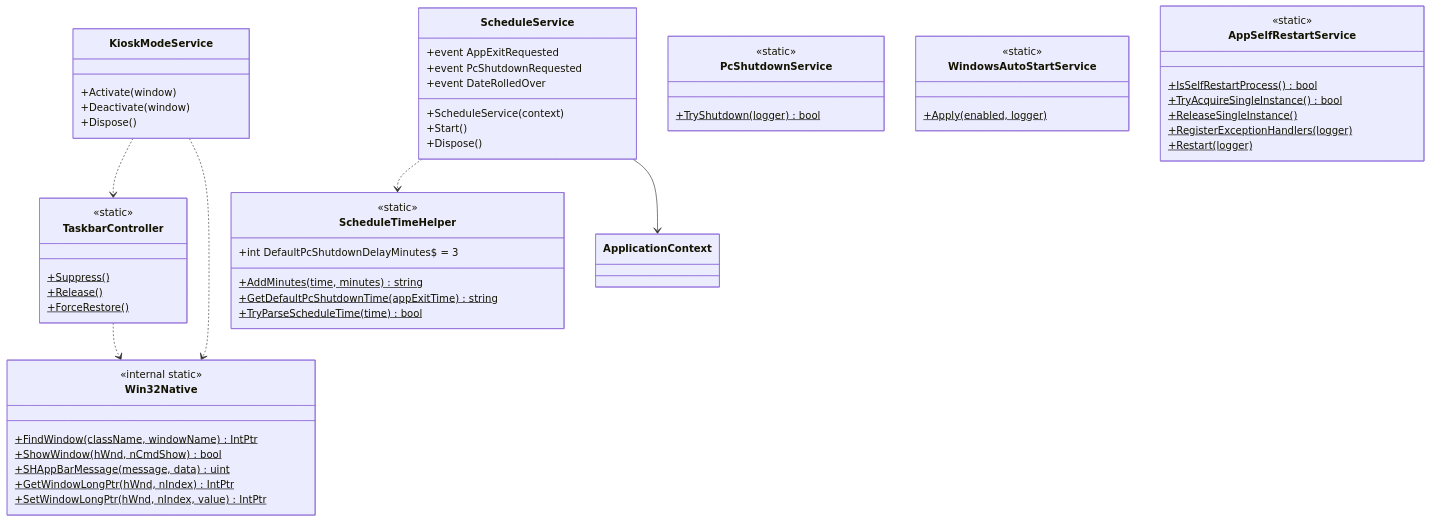
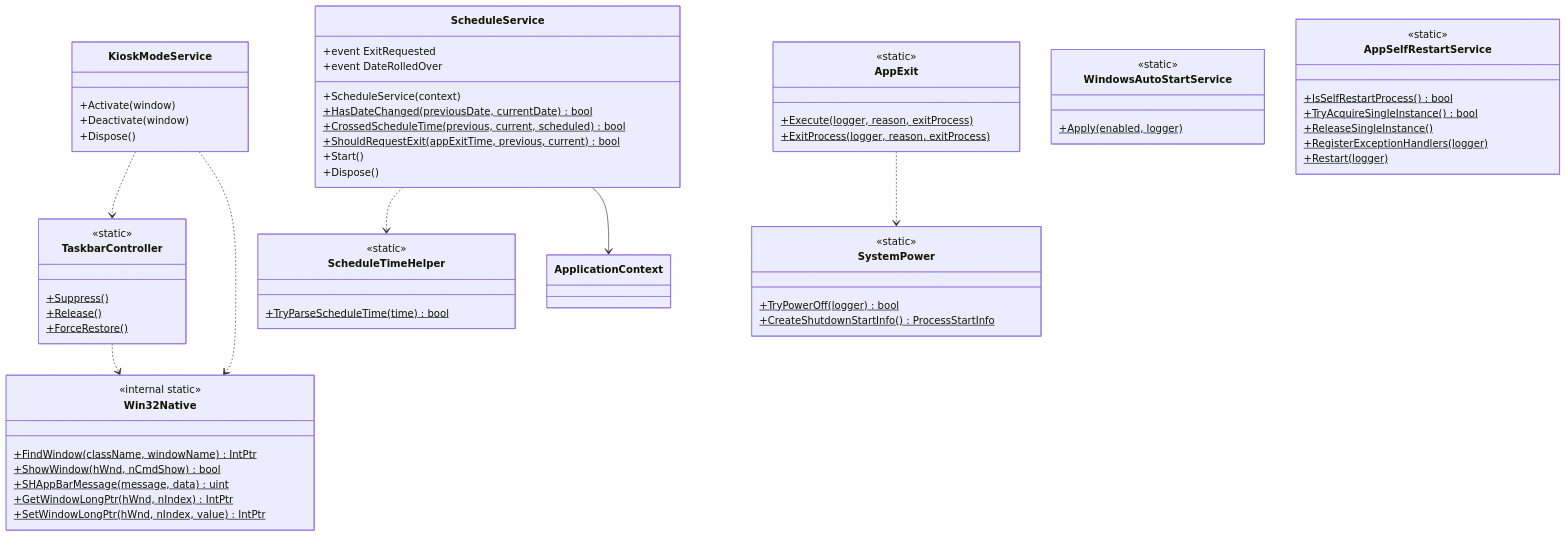
One commit to kamanori3/SimpleDigitalSignage changed the ninth of 10 diagrams in docs/クラス設計図.md. Above: the diagram before and after it, drawn with Mermaid. The commit also changed other lines of this file and 27 other files, not shown here.

````diff
--- a/docs/クラス設計図.md
+++ b/docs/クラス設計図.md
@@ -573,66 +585,73 @@
 ```mermaid
 classDiagram
   class KioskModeService {
     +Activate(window)
     +Deactivate(window)
     +Dispose()
   }
 
   class TaskbarController {
     <<static>>
     +Suppress()$
     +Release()$
     +ForceRestore()$
   }
 
   class ScheduleService {
-    +event AppExitRequested
-    +event PcShutdownRequested
+    +event ExitRequested
     +event DateRolledOver
     +ScheduleService(context)
+    +HasDateChanged(previousDate, currentDate)$ bool
+    +CrossedScheduleTime(previous, current, scheduled)$ bool
+    +ShouldRequestExit(appExitTime, previous, current)$ bool
     +Start()
     +Dispose()
   }
 
   class ScheduleTimeHelper {
     <<static>>
-    +int DefaultPcShutdownDelayMinutes$ = 3
-    +AddMinutes(time, minutes)$ string
-    +GetDefaultPcShutdownTime(appExitTime)$ string
     +TryParseScheduleTime(time)$ bool
   }
 
-  class PcShutdownService {
+  class AppExit {
     <<static>>
-    +TryShutdown(logger)$ bool
+    +Execute(logger, reason, exitProcess)$
+    +ExitProcess(logger, reason, exitProcess)$
+  }
+
+  class SystemPower {
+    <<static>>
+    +TryPowerOff(logger)$ bool
+    +CreateShutdownStartInfo()$ ProcessStartInfo
   }
 
   class WindowsAutoStartService {
     <<static>>
     +Apply(enabled, logger)$
   }
 
   class AppSelfRestartService {
     <<static>>
     +IsSelfRestartProcess()$ bool
     +TryAcquireSingleInstance()$ bool
     +ReleaseSingleInstance()$
     +RegisterExceptionHandlers(logger)$
     +Restart(logger)$
   }
 
   class Win32Native {
     <<internal static>>
     +FindWindow(className, windowName)$ IntPtr
     +ShowWindow(hWnd, nCmdShow)$ bool
     +SHAppBarMessage(message, data)$ uint
     +GetWindowLongPtr(hWnd, nIndex)$ IntPtr
     +SetWindowLongPtr(hWnd, nIndex, value)$ IntPtr
   }
 
   KioskModeService ..> TaskbarController
   KioskModeService ..> Win32Native
   TaskbarController ..> Win32Native
   ScheduleService ..> ScheduleTimeHelper
   ScheduleService --> ApplicationContext
+  AppExit ..> SystemPower
 ```
````
